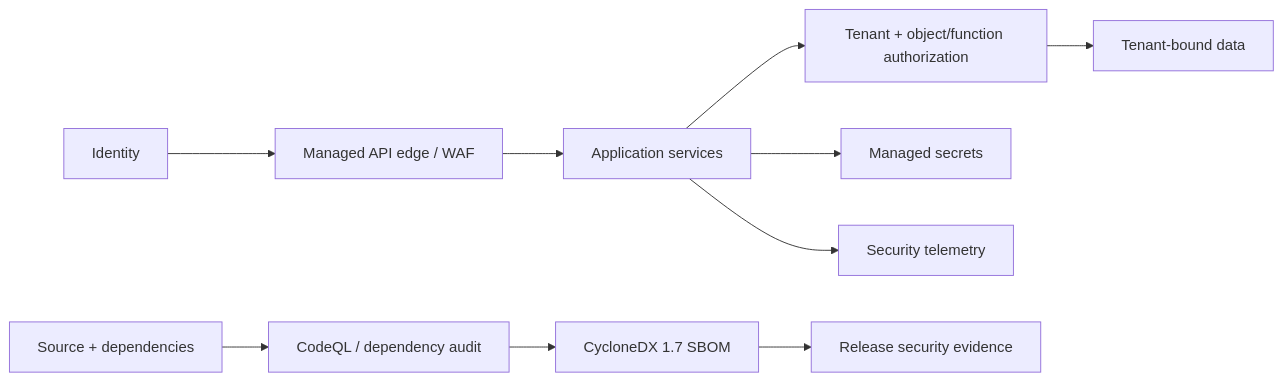
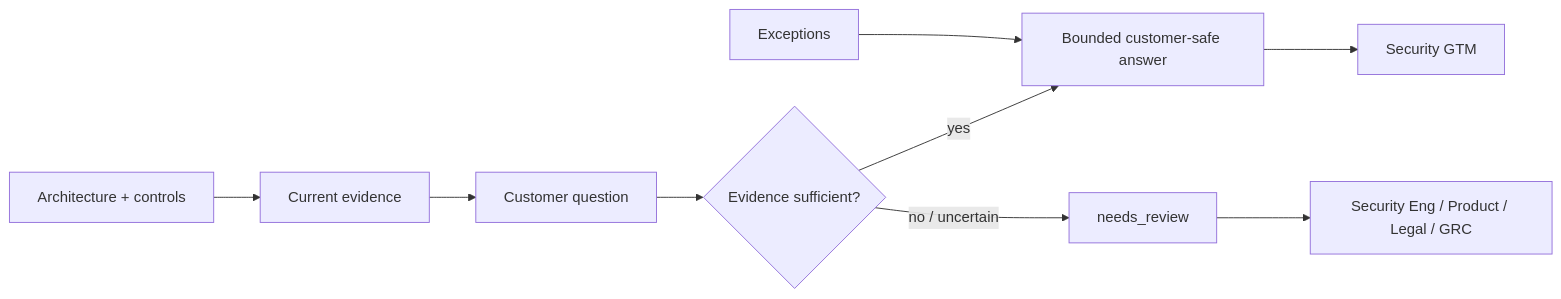
The diagram in README.md (bilgekayali/SaaSSecOps), drawn with Mermaid before and after one commit. The commit also changed other lines of this file and 21 other files, not shown here.

Commit message:
feat: add v0.6 customer trust and security GTM controls

````diff
--- a/README.md
+++ b/README.md
@@ -18,12 +18,11 @@
 ```mermaid
 flowchart LR
-    IDP[Identity] --> EDGE[Managed API edge / WAF]
-    EDGE --> APP[Application services]
-    APP --> AUTHZ[Tenant + object/function authorization]
-    AUTHZ --> DATA[Tenant-bound data]
-    APP --> SECRETS[Managed secrets]
-    APP --> LOG[Security telemetry]
-    CODE[Source + dependencies] --> SAST[CodeQL / dependency audit]
-    SAST --> SBOM[CycloneDX 1.7 SBOM]
-    SBOM --> EVIDENCE[Release security evidence]
+    ARCH[Architecture + controls] --> EVIDENCE[Current evidence]
+    EVIDENCE --> Q[Customer question]
+    Q --> DECIDE{Evidence sufficient?}
+    DECIDE -->|yes| ANSWER[Bounded customer-safe answer]
+    DECIDE -->|no / uncertain| REVIEW[needs_review]
+    REVIEW --> OWNER[Security Eng / Product / Legal / GRC]
+    EX[Exceptions] --> ANSWER
+    ANSWER --> GTM[Security GTM]
 ```
````
